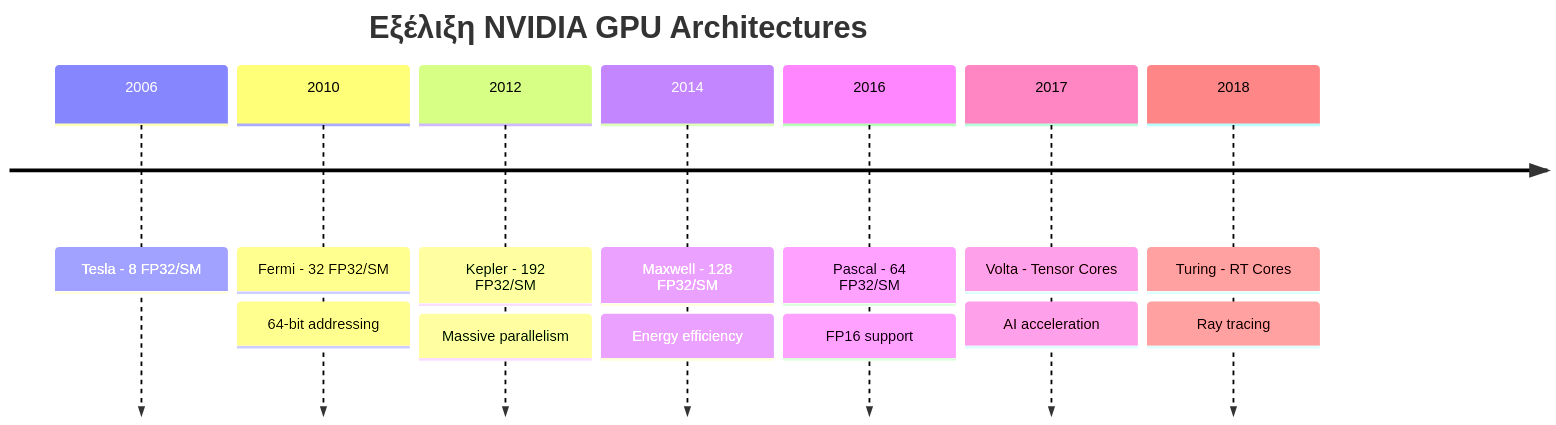
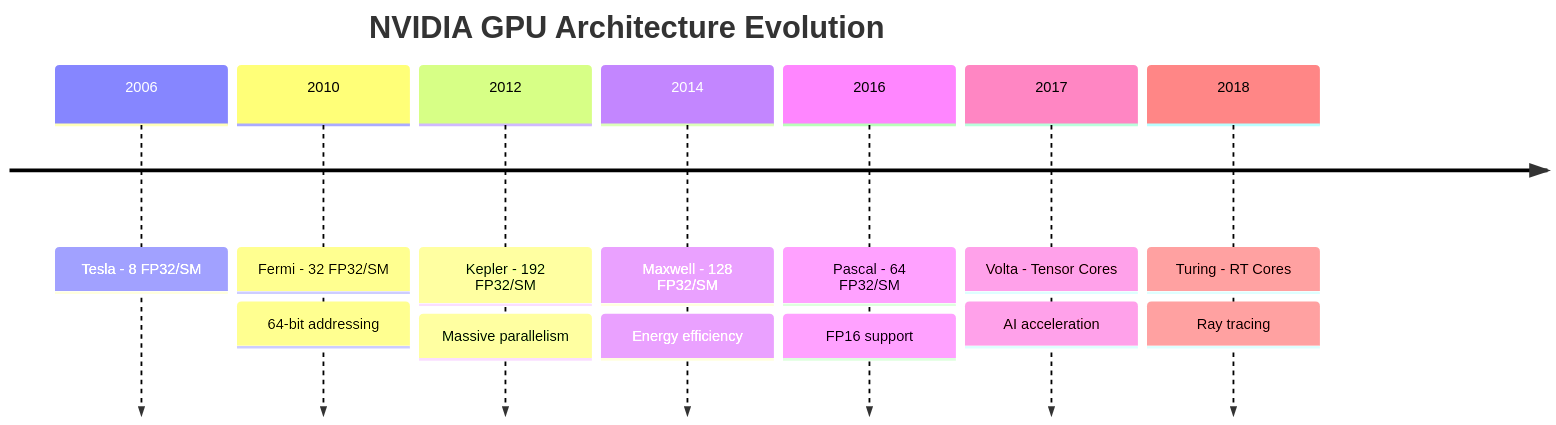
Before and after one commit to PanagopoulosNikolaos/DitOpenNotes: diagram 14 of 15 in Year_2/Semester_3/COMPUTER_ARCHITECTURE/Resources/Notes/Multicore-Processors-Notes-11.md, drawn with Mermaid. The commit also changed other lines of this file and 50 other files, not shown here.

````diff
--- a/Year_2/Semester_3/COMPUTER_ARCHITECTURE/Resources/Notes/Multicore-Processors-Notes-11.md
+++ b/Year_2/Semester_3/COMPUTER_ARCHITECTURE/Resources/Notes/Multicore-Processors-Notes-11.md
@@ -789,11 +789,11 @@
 ```mermaid
 timeline
-    title Εξέλιξη NVIDIA GPU Architectures
+    title NVIDIA GPU Architecture Evolution
     2006 : Tesla - 8 FP32/SM
     2010 : Fermi - 32 FP32/SM : 64-bit addressing
     2012 : Kepler - 192 FP32/SM : Massive parallelism
     2014 : Maxwell - 128 FP32/SM : Energy efficiency
     2016 : Pascal - 64 FP32/SM : FP16 support
     2017 : Volta - Tensor Cores : AI acceleration
     2018 : Turing - RT Cores : Ray tracing
 ```
````
